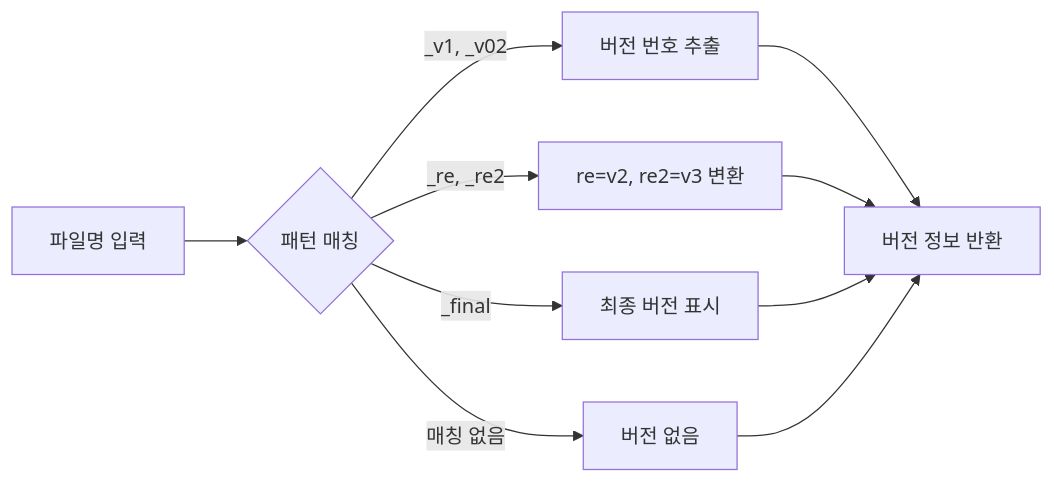
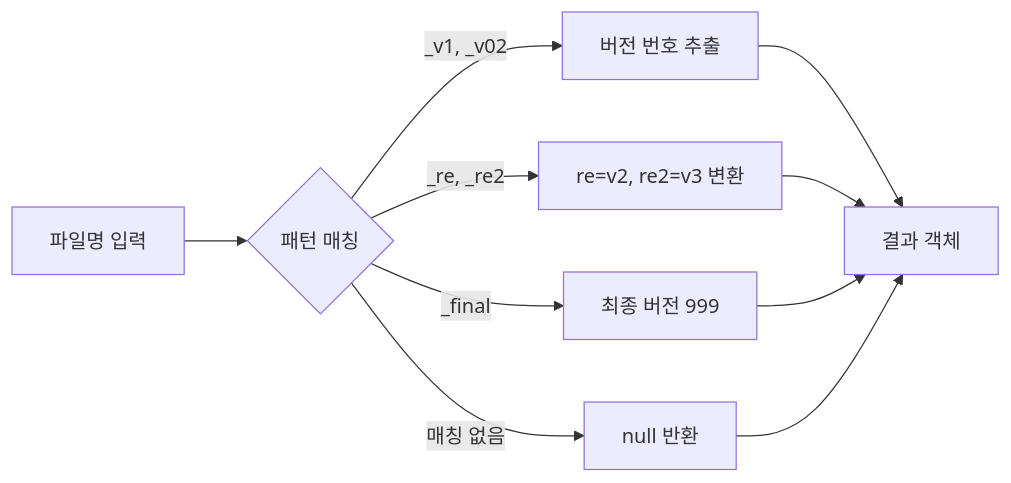
Before and after one commit to baehandoridori/BAEFRAME: the seventh of 12 diagrams in DEVLOG/버전관리시스템-개발.md, drawn with Mermaid. The commit also changed other lines of this file, not shown here.

````diff
--- a/DEVLOG/버전관리시스템-개발.md
+++ b/DEVLOG/버전관리시스템-개발.md
@@ -102,12 +340,12 @@
 ```mermaid
 flowchart LR
     A[파일명 입력] --> B{패턴 매칭}
     B -->|_v1, _v02| C[버전 번호 추출]
     B -->|_re, _re2| D[re=v2, re2=v3 변환]
-    B -->|_final| E[최종 버전 표시]
-    B -->|매칭 없음| F[버전 없음]
-    C --> G[버전 정보 반환]
+    B -->|_final| E[최종 버전 999]
+    B -->|매칭 없음| F[null 반환]
+    C --> G[결과 객체]
     D --> G
     E --> G
     F --> G
 ```
````
